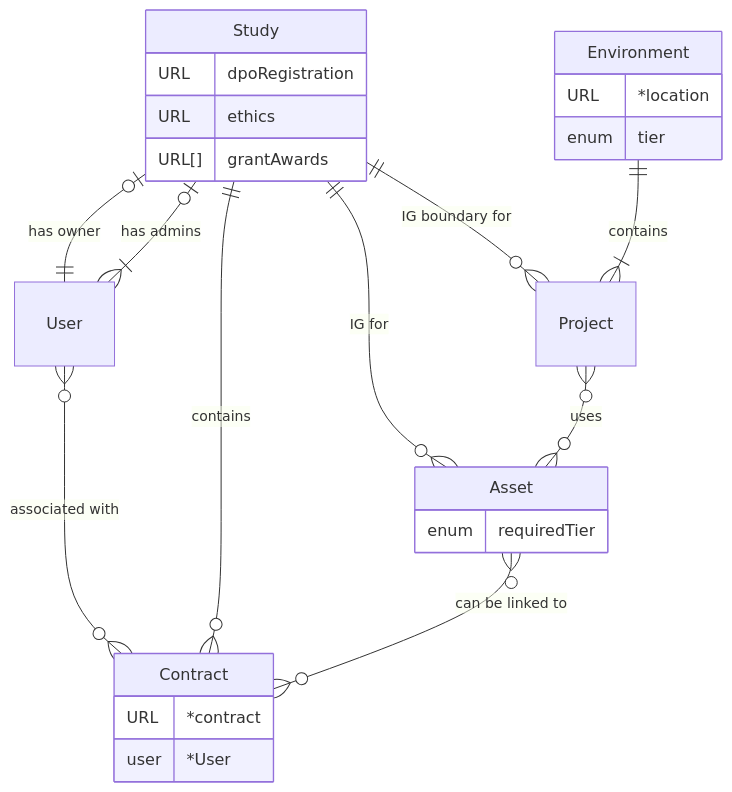
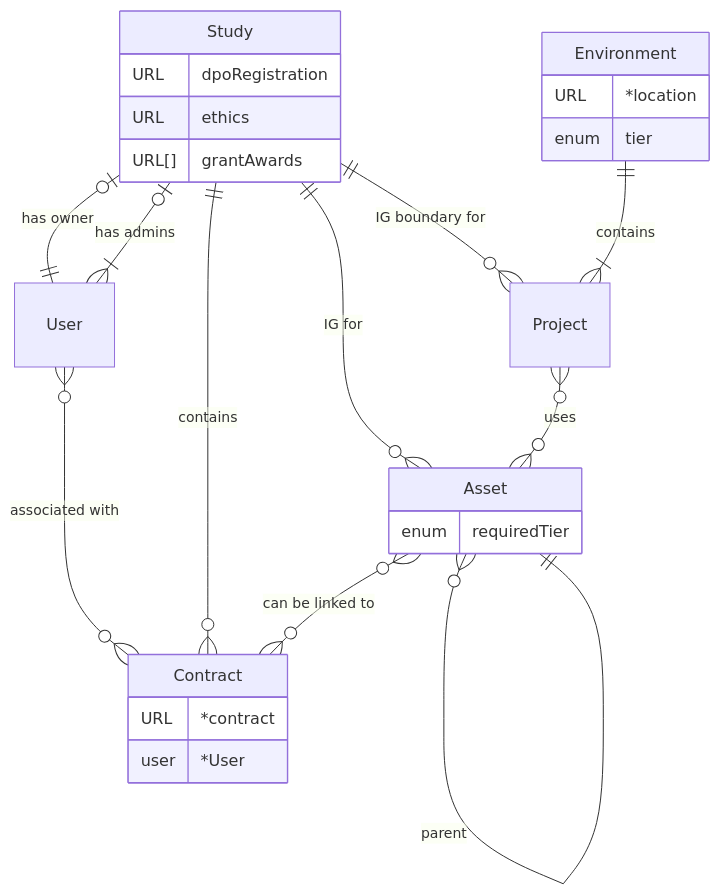
The diagram in docs/High-Level_Design.md (ucl-arc-tre/portal), drawn with Mermaid before and after one commit.

Commit message:
re-adding parent relationship

````diff
--- a/docs/High-Level_Design.md
+++ b/docs/High-Level_Design.md
@@ -95,30 +95,32 @@
 ```mermaid
 erDiagram
 User }o--o{ Contract:"associated with"
 Study {
     URL dpoRegistration
     URL ethics
     URL[] grantAwards
 }
 Study |o--|| User : "has owner"
 Study |o--|{ User : "has admins"
 Asset {
     enum requiredTier
 }
 Study ||--o{ Asset : "IG for"
 Study ||--o{ Contract : "contains"
 Contract{
     URL *contract
     user *User
 }
 
 
 Asset }o--o{ Contract : "can be linked to"
+Asset }o--|| Asset : parent
+
 Study ||--o{ Project : "IG boundary for"
 Project }o--o{ Asset : uses
 Environment {
     URL *location
     enum tier
 }
 Environment ||--|{ Project : contains
 ```
````
